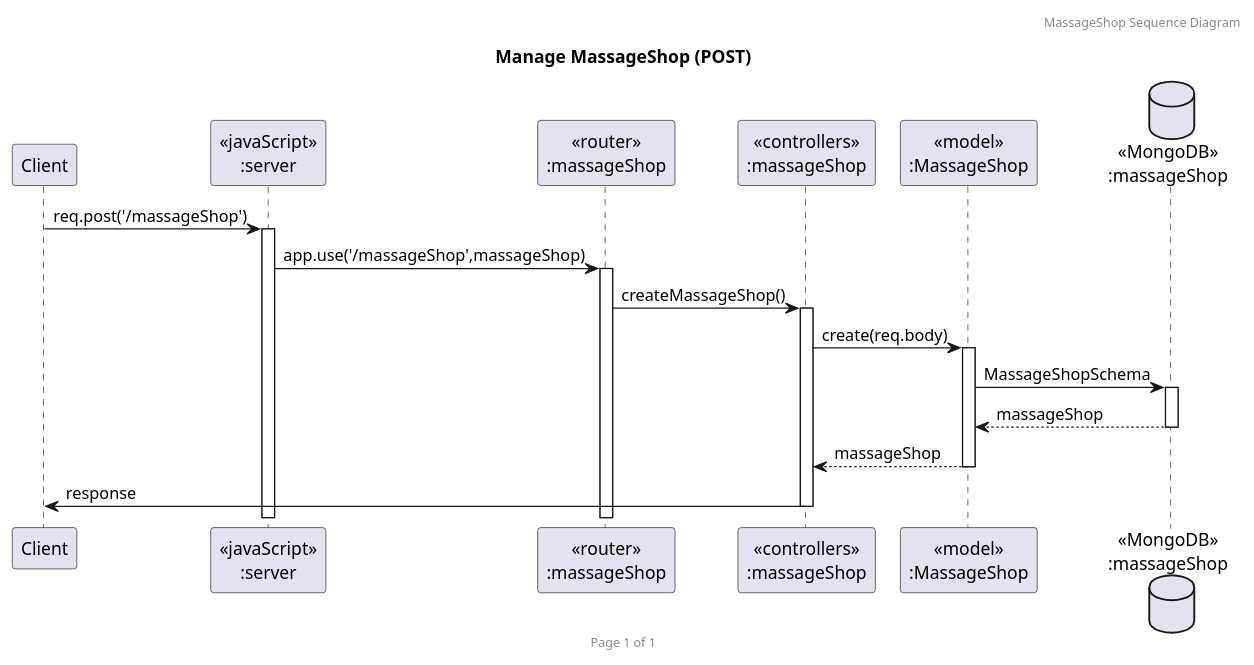
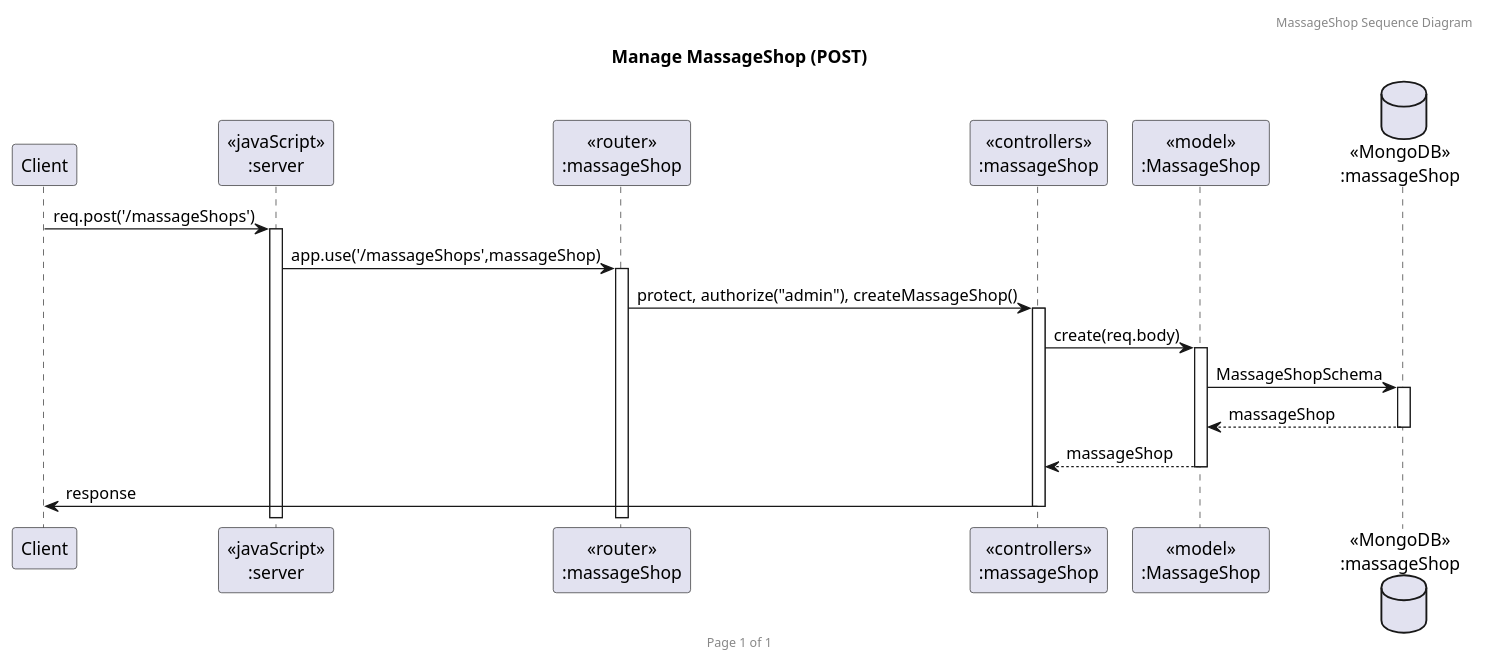
Before and after one commit to 2110503TACEDT66/presentation-day-1-kalaeksi-phloeng-rachan: the diagram in uml/SequenceDiagram/MassageShop/post.puml, drawn with PlantUML. The commit also changed 9 other files, not shown here.

Commit message:
fix uml diagram

```diff
--- a/uml/SequenceDiagram/MassageShop/post.puml
+++ b/uml/SequenceDiagram/MassageShop/post.puml
@@ -1,27 +1,27 @@
 @startuml Manage MassageShop (POST)
 
 
 header MassageShop Sequence Diagram
 footer Page %page% of %lastpage%
 title "Manage MassageShop (POST)"
 
 
 participant "Client" as client
 participant "<<javaScript>>\n:server" as server
 participant "<<router>>\n:massageShop" as routerMassageShops
 participant "<<controllers>>\n:massageShop" as controllersMassageShops
 participant "<<model>>\n:MassageShop" as modelMassageShop
 database "<<MongoDB>>\n:massageShop" as MassageShopsDatabase
 
 
-client->server ++:req.post('/massageShop')
-server->routerMassageShops ++:app.use('/massageShop',massageShop)
-routerMassageShops -> controllersMassageShops ++:createMassageShop()
+client->server ++:req.post('/massageShops')
+server->routerMassageShops ++:app.use('/massageShops',massageShop)
+routerMassageShops -> controllersMassageShops ++:protect, authorize("admin"), createMassageShop()
 controllersMassageShops->modelMassageShop ++:create(req.body)
 modelMassageShop ->MassageShopsDatabase ++: MassageShopSchema
 MassageShopsDatabase --> modelMassageShop --: massageShop
 controllersMassageShops <-- modelMassageShop --:massageShop
 controllersMassageShops->client --:response
 
 
 @enduml
```
